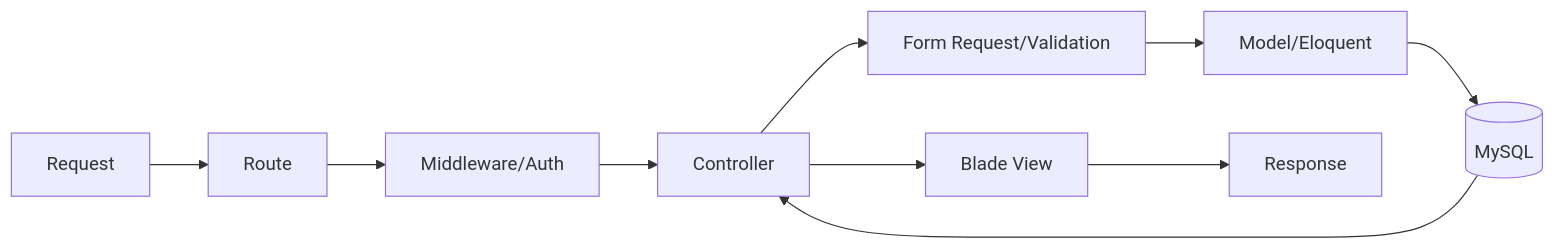
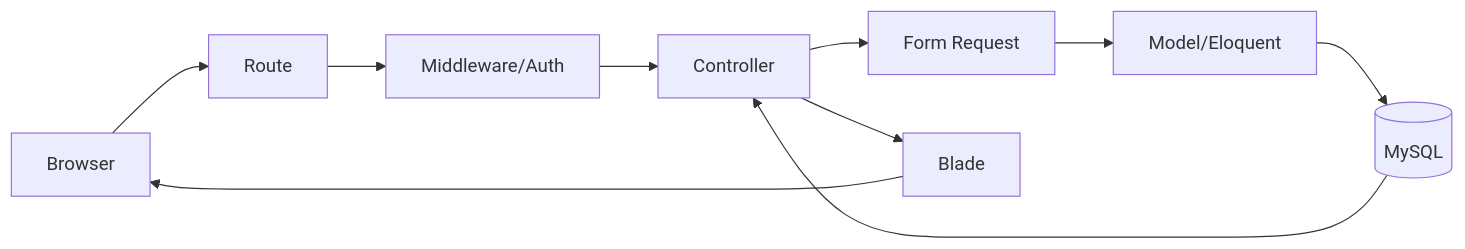
One commit to Mei-iwi/OpenSource changed the second of 3 diagrams in README.md. Above: the diagram before and after it, drawn with Mermaid. The commit also changed other lines of this file and 16 other files, not shown here.

````diff
--- a/README.md
+++ b/README.md
@@ -52,12 +74,12 @@
 ```mermaid
 flowchart LR
-    A[Request] --> B[Route]
+    A[Browser] --> B[Route]
     B --> C[Middleware/Auth]
     C --> D[Controller]
-    D --> E[Form Request/Validation]
+    D --> E[Form Request]
     E --> F[Model/Eloquent]
     F --> G[(MySQL)]
     G --> D
-    D --> H[Blade View]
-    H --> I[Response]
+    D --> H[Blade]
+    H --> A
 ```
````
